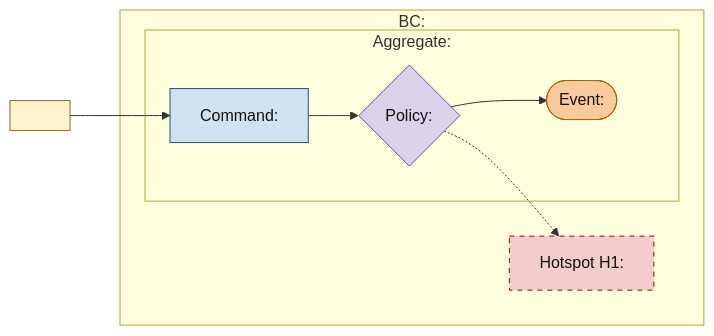
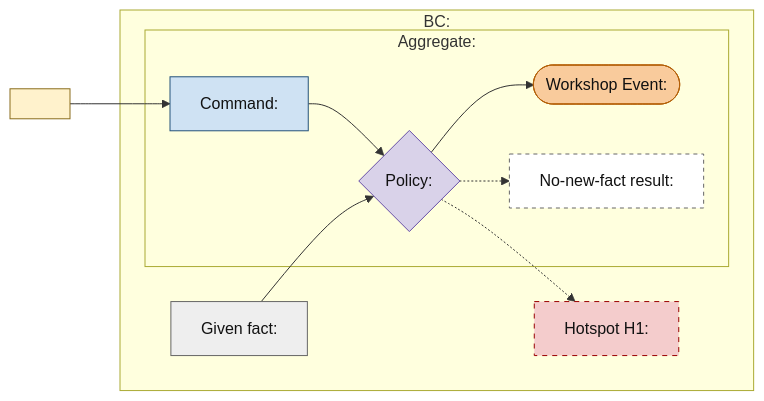
The diagram in plugins/ddd-expert/templates/event-storming.md (jacexh/skill-workshop), drawn with Mermaid before and after one commit. The commit also changed other lines of this file and 17 other files, not shown here.

````diff
--- a/plugins/ddd-expert/templates/event-storming.md
+++ b/plugins/ddd-expert/templates/event-storming.md
@@ -17,23 +17,31 @@
 ```mermaid
 flowchart LR
     actor["<Actor>"]:::actor
 
     subgraph BC["BC: <Bounded Context>"]
+        given["Given fact: <Pre-existing authority or state>"]:::given
         subgraph Aggregate["Aggregate: <Aggregate Root>"]
             command["Command: <Business intent>"]:::command
             policy{"Policy: <Decision rule>"}:::policy
-            event(["Event: <Past-tense fact>"]):::event
+            event(["Workshop Event: <Past-tense business fact>"]):::event
+            %% Selected form: event(["Workshop Event: <Past-tense business fact><br/>Domain Event: <Canonical past-tense fact>"]):::event
+            no_fact["No-new-fact result: <Rejected or unchanged>"]:::result
         end
         hotspot_H1["Hotspot H1: <Non-blocking question>"]:::hotspot
     end
 
     actor --> command --> policy --> event
+    given --> policy
+    policy -.-> no_fact
+    %% Cross-context form: event -- "Published Fact Contract: <name>" --> downstream_context
     policy -.-> hotspot_H1
 
     classDef actor fill:#fff2cc,stroke:#8a6d1d,color:#111
     classDef external fill:#d9eaf7,stroke:#24527a,color:#111
     classDef command fill:#cfe2f3,stroke:#24527a,color:#111
     classDef policy fill:#d9d2e9,stroke:#674ea7,color:#111
     classDef event fill:#f9cb9c,stroke:#b45f06,color:#111
+    classDef given fill:#eeeeee,stroke:#666666,color:#111
+    classDef result fill:#ffffff,stroke:#666666,color:#111,stroke-dasharray: 4 4
     classDef hotspot fill:#f4cccc,stroke:#990000,color:#111,stroke-dasharray: 5 5
 ```
````
